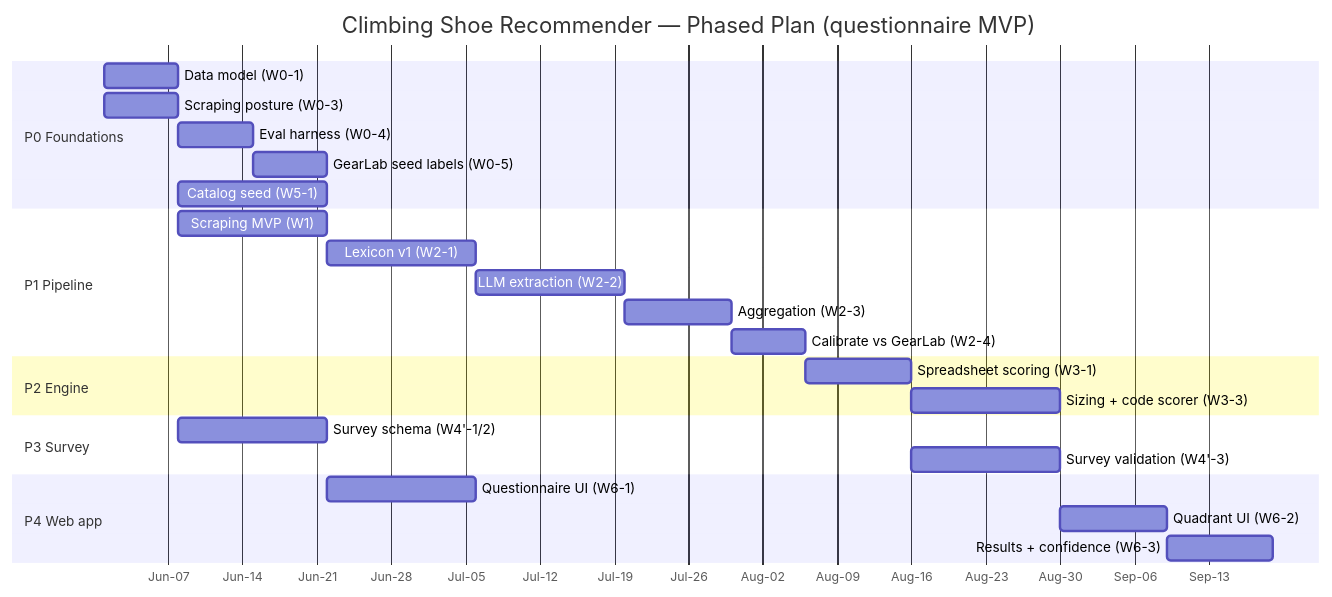
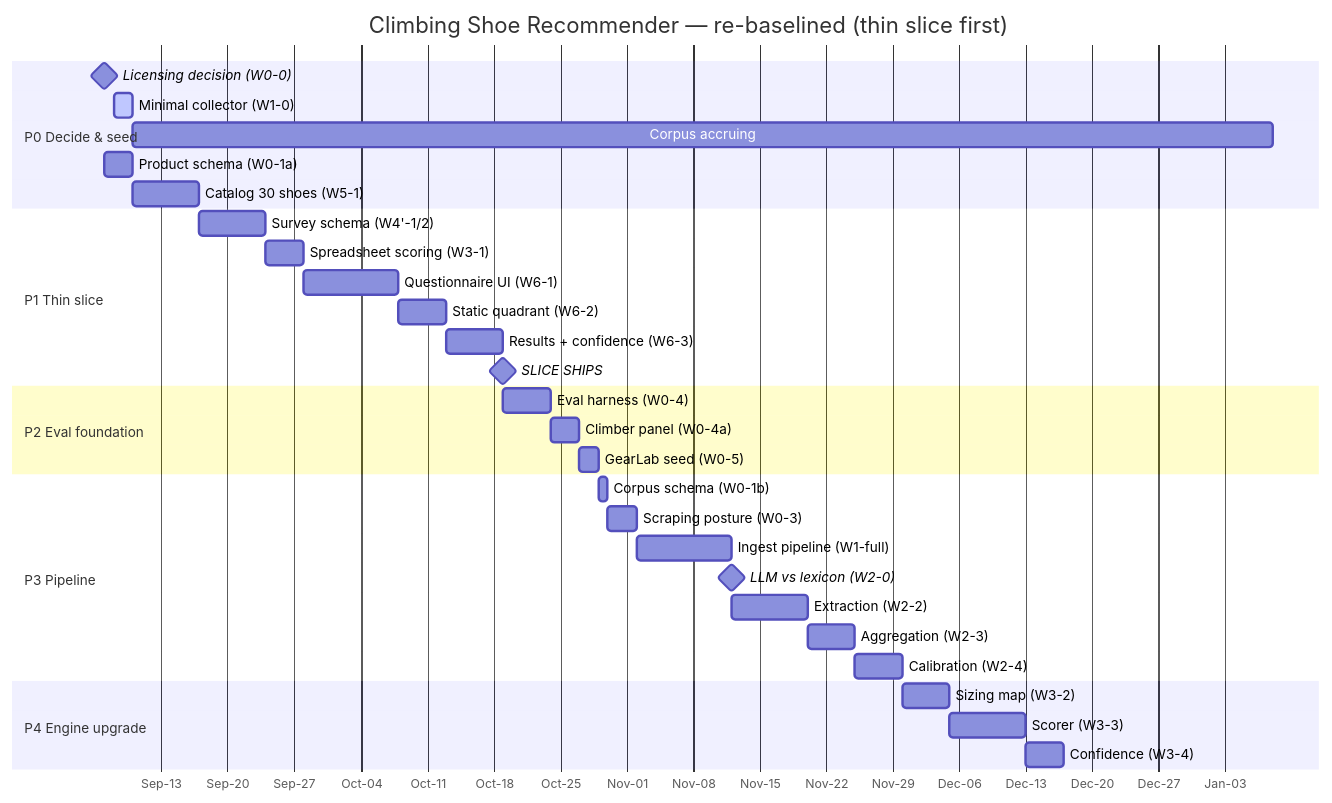
One commit to barlu3/CruxUp changed the second of 2 diagrams in timeline.md. Above: the diagram before and after it, drawn with Mermaid. The commit also changed other lines of this file, not shown here.

Commit message:
reviewed and changed timeline

````diff
--- a/timeline.md
+++ b/timeline.md
@@ -427,28 +503,40 @@
 ```mermaid
 gantt
-  title Climbing Shoe Recommender — Phased Plan (questionnaire MVP)
+  title Climbing Shoe Recommender — re-baselined (thin slice first)
   dateFormat YYYY-MM-DD
   axisFormat %b-%d
-  section P0 Foundations
-  Data model (W0-1)            :p0a, 2026-06-01, 7d
-  Scraping posture (W0-3)      :p0b, 2026-06-01, 7d
-  Eval harness (W0-4)          :p0c, after p0a, 7d
-  GearLab seed labels (W0-5)   :p0d, after p0c, 7d
-  Catalog seed (W5-1)          :p0e, after p0a, 14d
-  section P1 Pipeline
-  Scraping MVP (W1)            :p1a, after p0b, 14d
-  Lexicon v1 (W2-1)            :p1b, after p0d, 14d
-  LLM extraction (W2-2)        :p1c, after p1b, 14d
-  Aggregation (W2-3)           :p1d, after p1c, 10d
-  Calibrate vs GearLab (W2-4)  :p1e, after p1d, 7d
-  section P2 Engine
-  Spreadsheet scoring (W3-1)   :p2a, after p1e, 10d
-  Sizing + code scorer (W3-3)  :p2b, after p2a, 14d
-  section P3 Survey
-  Survey schema (W4'-1/2)      :p3a, after p0a, 14d
-  Survey validation (W4'-3)    :p3b, after p2a, 14d
-  section P4 Web app
-  Questionnaire UI (W6-1)      :p4a, after p3a, 14d
-  Quadrant UI (W6-2)           :p4b, after p2b, 10d
-  Results + confidence (W6-3)  :p4c, after p4b, 10d
+
+  section P0 Decide & seed
+  Licensing decision (W0-0)        :milestone, m0, 2026-09-07, 0d
+  Minimal collector (W1-0)         :active, c0, 2026-09-08, 2d
+  Corpus accruing                  :c1, after c0, 120d
+  Product schema (W0-1a)           :p0a, 2026-09-07, 3d
+  Catalog 30 shoes (W5-1)          :p0b, after p0a, 7d
+
+  section P1 Thin slice
+  Survey schema (W4'-1/2)          :p1a, after p0b, 7d
+  Spreadsheet scoring (W3-1)       :p1b, after p1a, 4d
+  Questionnaire UI (W6-1)          :p1c, after p1b, 10d
+  Static quadrant (W6-2)           :p1d, after p1c, 5d
+  Results + confidence (W6-3)      :p1e, after p1d, 6d
+  SLICE SHIPS                      :milestone, m1, after p1e, 0d
+
+  section P2 Eval foundation
+  Eval harness (W0-4)              :p2a, after p1e, 5d
+  Climber panel (W0-4a)            :p2b, after p2a, 3d
+  GearLab seed (W0-5)              :p2c, after p2b, 2d
+
+  section P3 Pipeline
+  Corpus schema (W0-1b)            :p3a, after p2c, 1d
+  Scraping posture (W0-3)          :p3b, after p3a, 3d
+  Ingest pipeline (W1-full)        :p3c, after p3b, 10d
+  LLM vs lexicon (W2-0)            :milestone, m2, after p3c, 0d
+  Extraction (W2-2)                :p3d, after p3c, 8d
+  Aggregation (W2-3)               :p3e, after p3d, 5d
+  Calibration (W2-4)               :p3f, after p3e, 5d
+
+  section P4 Engine upgrade
+  Sizing map (W3-2)                :p4a, after p3f, 5d
+  Scorer (W3-3)                    :p4b, after p4a, 8d
+  Confidence (W3-4)                :p4c, after p4b, 4d
 ```
````
